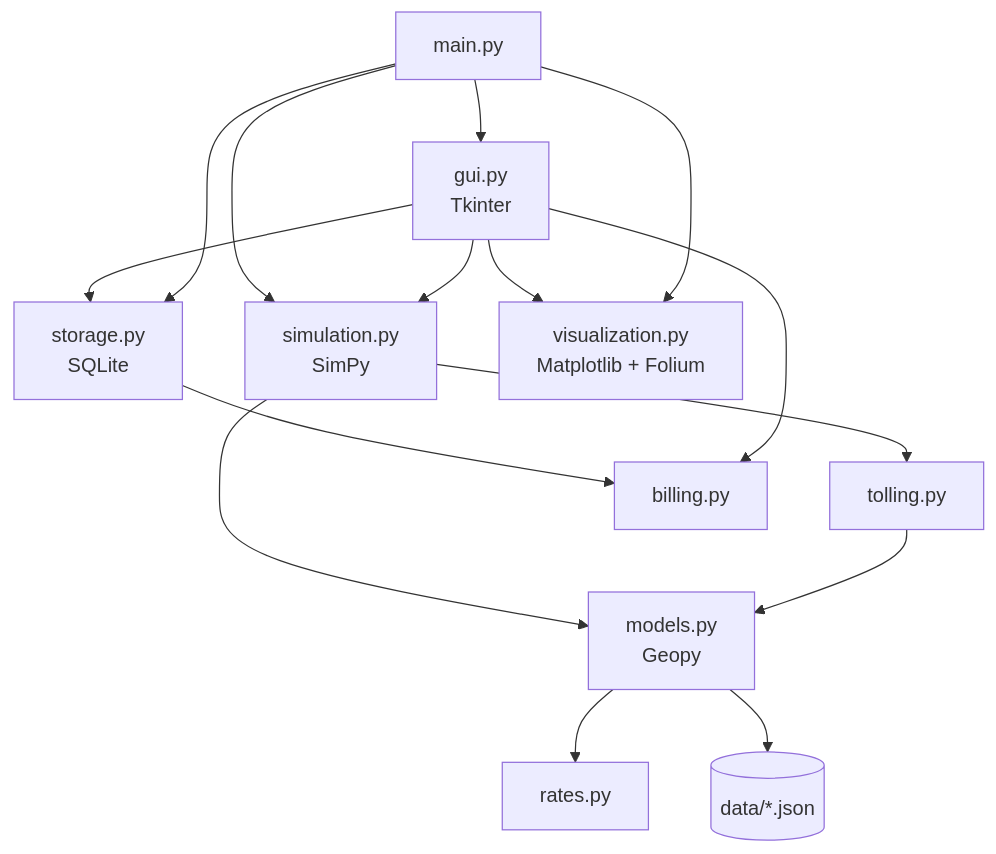
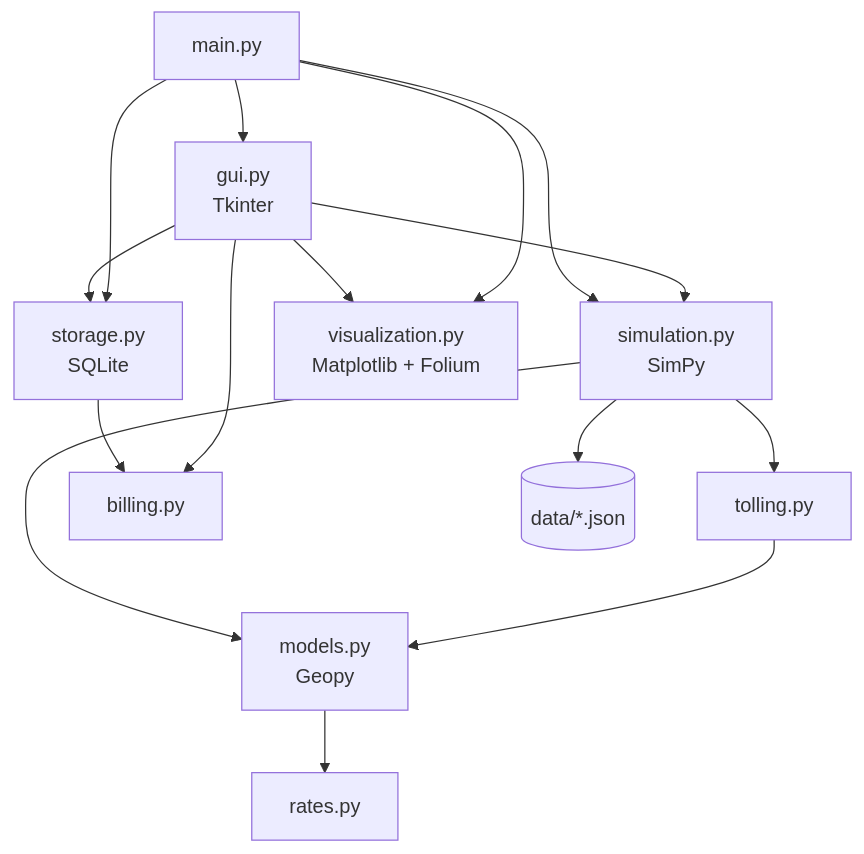
Before and after one commit to Kes2003/gps-toll-system: the second of 2 diagrams in README.md, drawn with Mermaid. The commit also changed other lines of this file, not shown here.

````diff
--- a/README.md
+++ b/README.md
@@ -324,17 +346,17 @@
 ```mermaid
 flowchart TD
     main[main.py] --> gui[gui.py<br/>Tkinter]
     main --> sim
     gui --> sim[simulation.py<br/>SimPy]
     gui --> store[storage.py<br/>SQLite]
     gui --> vis[visualization.py<br/>Matplotlib + Folium]
     main --> store
     main --> vis
     sim --> toll[tolling.py]
     sim --> models[models.py<br/>Geopy]
     toll --> models
     models --> rates[rates.py]
     store --> bill[billing.py]
     gui --> bill
-    models --> data[("data/*.json")]
+    sim --> data[("data/*.json")]
 ```
````
